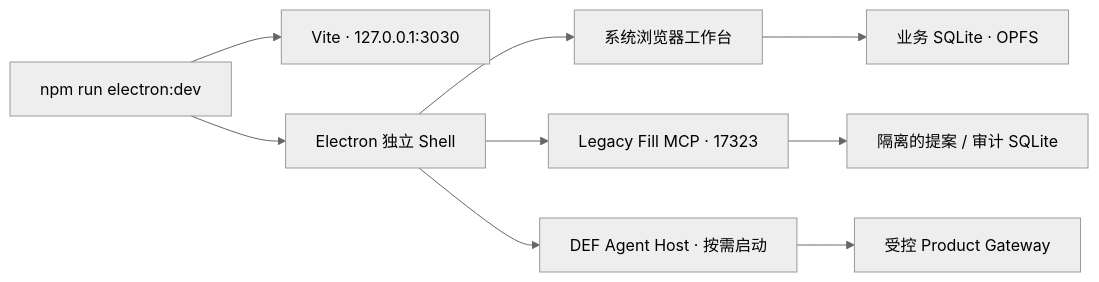
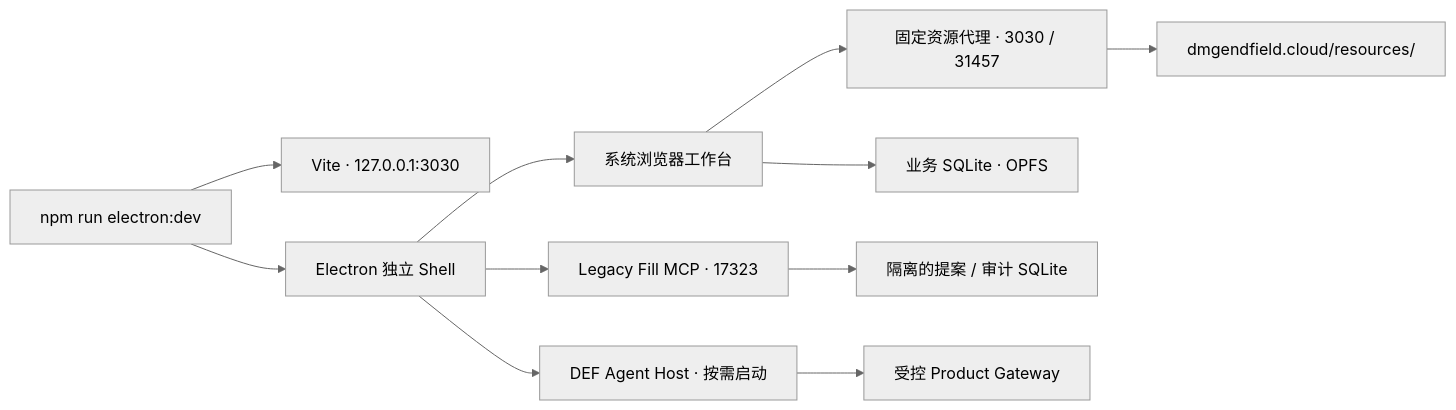
Before and after one commit to Pandluto/dmg-end-field: the second of 2 diagrams in docs/architecture/runtime-topology.md, drawn with Mermaid (neutral theme). The commit also changed other lines of this file and 607 other files, not shown here.

````diff
--- a/docs/architecture/runtime-topology.md
+++ b/docs/architecture/runtime-topology.md
@@ -18,11 +18,13 @@
 ```mermaid
 flowchart LR
   Command["npm run electron:dev"] --> Vite["Vite · 127.0.0.1:3030"]
   Command --> Shell["Electron 独立 Shell"]
   Shell --> Browser["系统浏览器工作台"]
   Shell --> MCP["Legacy Fill MCP · 17323"]
   Shell --> Agent["DEF Agent Host · 按需启动"]
+  Browser --> Proxy["固定资源代理 · 3030 / 31457"]
+  Proxy --> Cloud["dmgendfield.cloud/resources/"]
   Browser --> OPFS["业务 SQLite · OPFS"]
   MCP --> Audit["隔离的提案 / 审计 SQLite"]
   Agent --> Gateway["受控 Product Gateway"]
 ```
````
